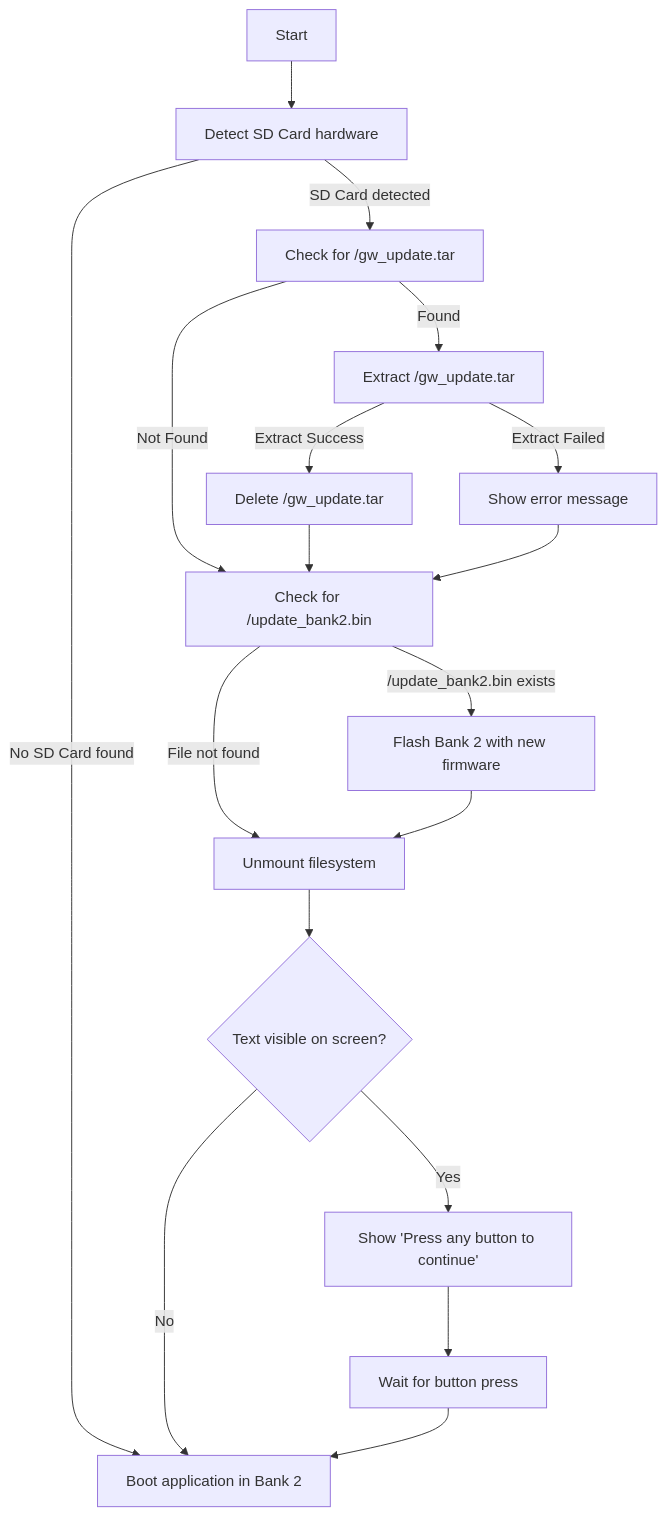
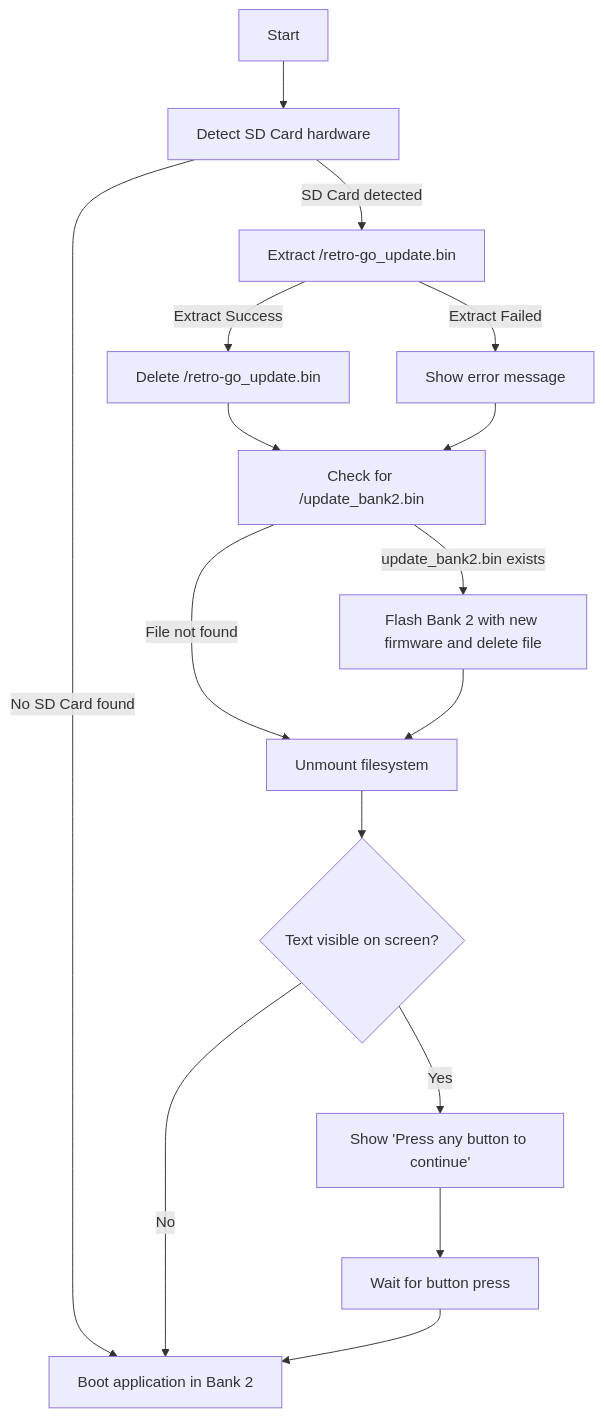
Before and after one commit to sylverb/firmware_update: the diagram in README.md, drawn with Mermaid. The commit also changed 3 other files, not shown here.

Commit message:
Archive is now /retro-go_update.bin and first 1024KB of this file is the firmware update application followed by application size. We have to skip this to find tar archive to extract.

````diff
--- a/README.md
+++ b/README.md
@@ -9,27 +9,24 @@
 ```mermaid
 graph TD
     A[Start] --> B[Detect SD Card hardware]
-    B -->|No SD Card found| F[Boot application in Bank 2]
-    B -->|SD Card detected| C[Check for /gw_update.tar]
+    B -->|No SD Card found| E[Boot application in Bank 2]
+    B -->|SD Card detected| C[Extract /retro-go_update.bin]
     
-    C -->|Found| D[Extract /gw_update.tar]
-    C -->|Not Found| E[Check for /update_bank2.bin]
-    
-    D -->|Extract Success| G[Delete /gw_update.tar]
-    D -->|Extract Failed| H[Show error message]
+    C -->|Extract Success| F[Delete /retro-go_update.bin]
+    C -->|Extract Failed| G[Show error message]
 
-    G --> E
-    H --> E
+    F --> D
+    G --> D
 
-    E -->|/update_bank2.bin exists| I[Flash Bank 2 with new firmware]
-    E -->|File not found| J[Unmount filesystem]
+    D[Check for /update_bank2.bin] --> |update_bank2.bin exists| H[Flash Bank 2 with new firmware and delete file]
+    D -->|File not found| I[Unmount filesystem]
 
-    I --> J
+    H --> I
 
-    J --> K{Text visible on screen?}
-    K -->|Yes| L[Show 'Press any button to continue']
-    K -->|No| F
+    I --> J{Text visible on screen?}
+    J -->|Yes| K[Show 'Press any button to continue']
+    J -->|No| E
 
-    L --> M[Wait for button press]
-    M --> F
+    K --> L[Wait for button press]
+    L --> E
 ```
````
